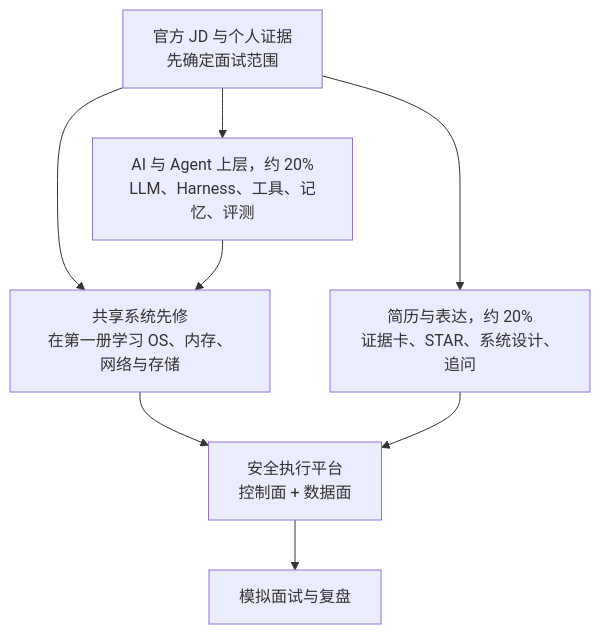
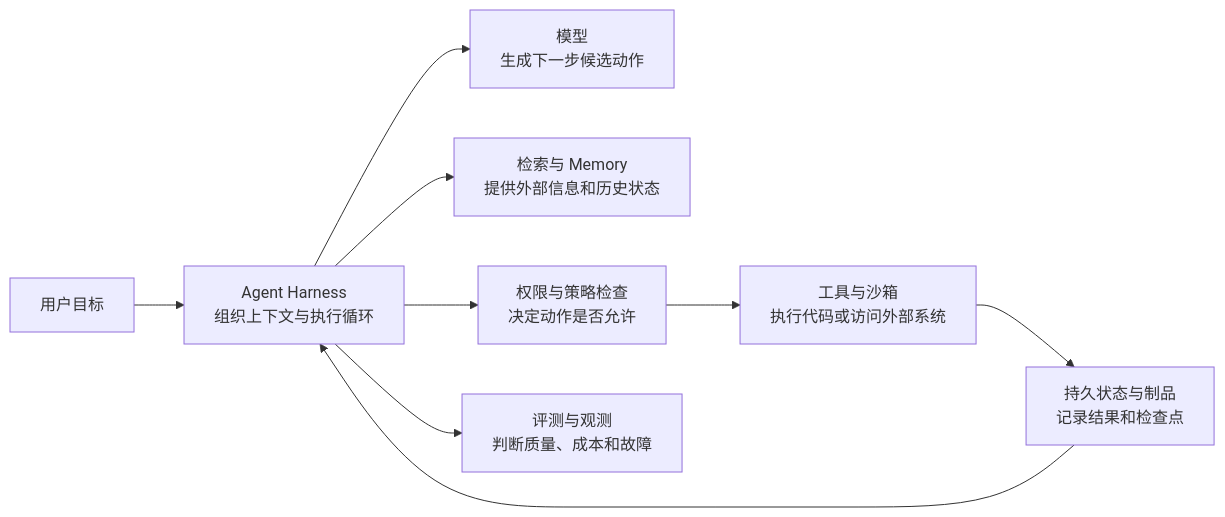
Before and after one commit to xizheyin/hft-book-rs: the first of 2 diagrams in books/ai/src/README.md, drawn with Mermaid. The commit also changed other lines of this file and 207 other files, not shown here.

````diff
--- a/books/ai/src/README.md
+++ b/books/ai/src/README.md
@@ -13,10 +7,11 @@
 ```mermaid
-flowchart TD
-    A["官方 JD 与个人证据<br/>先确定面试范围"] --> B["共享系统先修<br/>在第一册学习 OS、内存、网络与存储"]
-    A --> C["AI 与 Agent 上层，约 20%<br/>LLM、Harness、工具、记忆、评测"]
-    A --> D["简历与表达，约 20%<br/>证据卡、STAR、系统设计、追问"]
-    C --> B
-    B --> E["安全执行平台<br/>控制面 + 数据面"]
-    D --> E
-    E --> F["模拟面试与复盘"]
+flowchart LR
+    U["用户目标"] --> H["Agent Harness<br/>组织上下文与执行循环"]
+    H --> M["模型<br/>生成下一步候选动作"]
+    H --> R["检索与 Memory<br/>提供外部信息和历史状态"]
+    H --> G["权限与策略检查<br/>决定动作是否允许"]
+    G --> T["工具与沙箱<br/>执行代码或访问外部系统"]
+    T --> S["持久状态与制品<br/>记录结果和检查点"]
+    S --> H
+    H --> E["评测与观测<br/>判断质量、成本和故障"]
 ```
````
